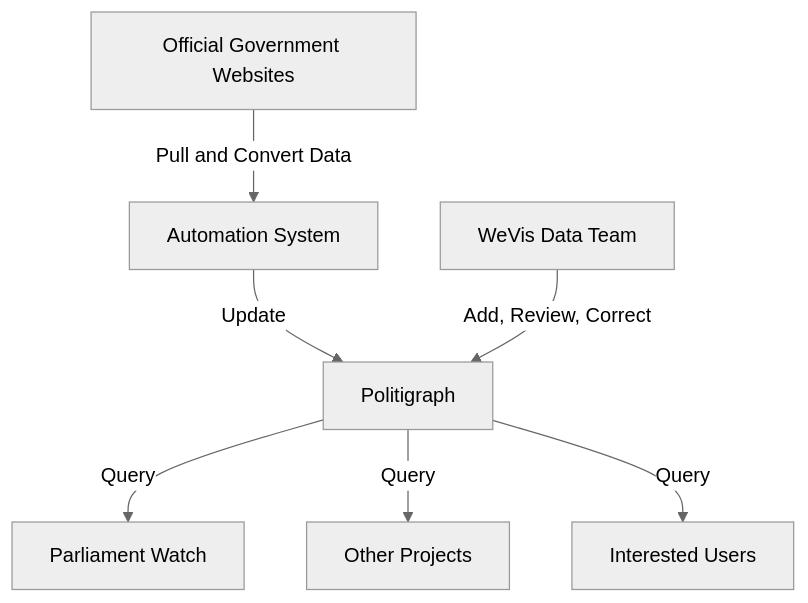
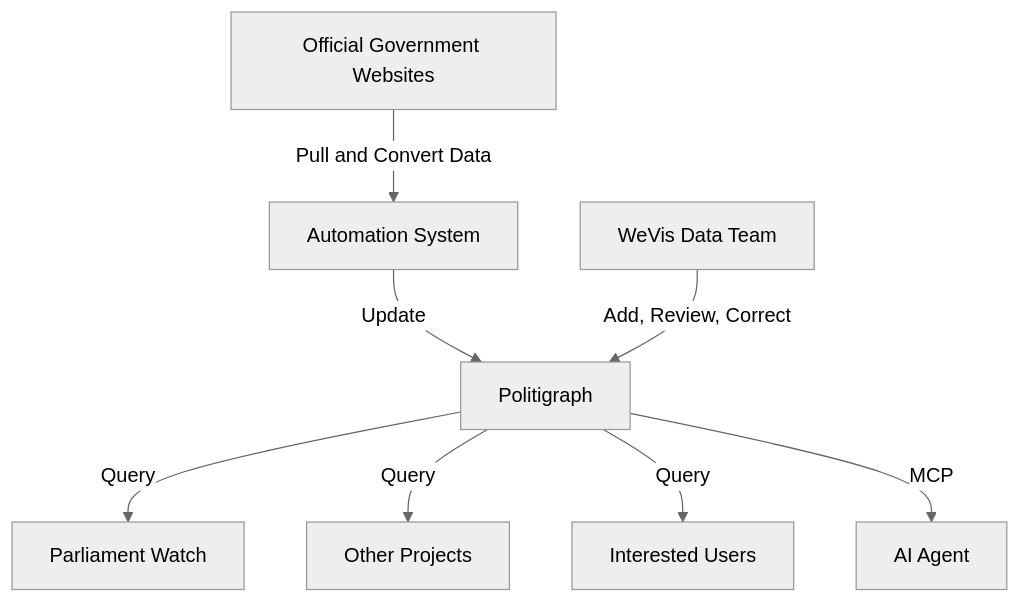
Before and after one commit to wevisdemo/politigraph: the first of 2 diagrams in apps/docs/src/content/docs/en/getting-started/index.mdx, drawn with Mermaid (neutral theme). The commit also changed other lines of this file and 1 other file, not shown here.

Commit message:
feat(docs): add ai agent in system diagram

````diff
--- a/apps/docs/src/content/docs/en/getting-started/index.mdx
+++ b/apps/docs/src/content/docs/en/getting-started/index.mdx
@@ -21,9 +21,10 @@
 ```mermaid
 graph TD
   A[Official Government Websites] -->|Pull and Convert Data| B[Automation System]
   B -->|Update| C[Politigraph]
   D[WeVis Data Team] -->|Add, Review, Correct| C
   C -->|Query| E[Parliament Watch]
   C -->|Query| F[Other Projects]
   C -->|Query| G[Interested Users]
+  C -->|MCP| H[AI Agent]
 ```
````
